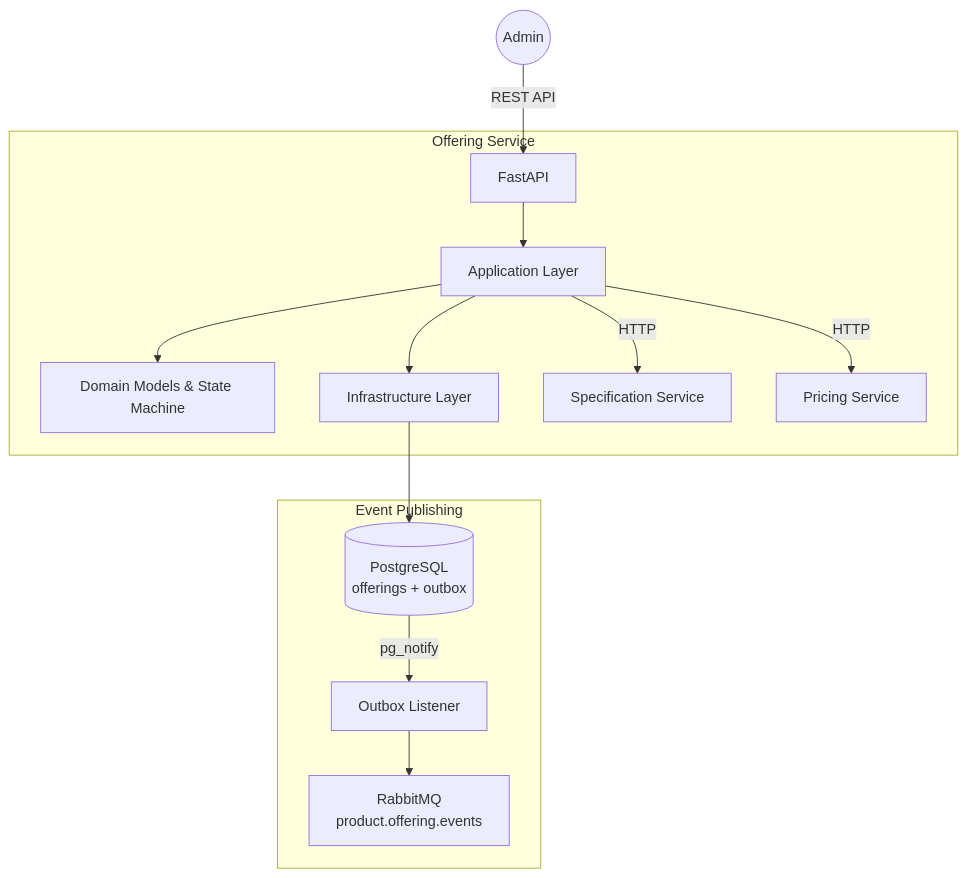
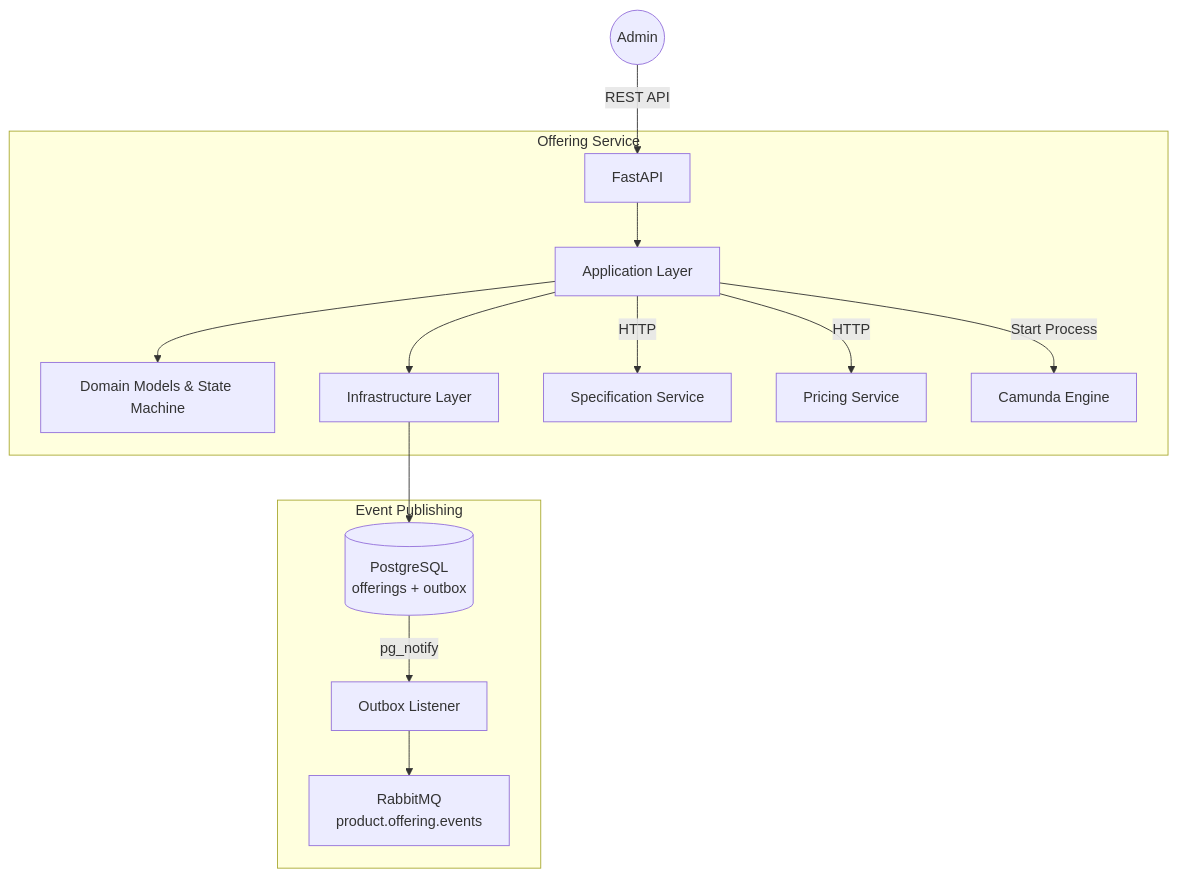
Before and after one commit to amirkiarafiei/microservices-product-catalog: the diagram in services/offering-service/README.md, drawn with Mermaid. The commit also changed other lines of this file and 12 other files, not shown here.

````diff
--- a/services/offering-service/README.md
+++ b/services/offering-service/README.md
@@ -15,19 +15,20 @@
 ```mermaid
 graph TD
     Admin((Admin)) -->|REST API| API[FastAPI]
     
     subgraph "Offering Service"
         API --> App[Application Layer]
         App --> Domain[Domain Models & State Machine]
         App --> Infra[Infrastructure Layer]
         App -->|HTTP| SpecSvc[Specification Service]
         App -->|HTTP| PriceSvc[Pricing Service]
+        App -->|Start Process| Camunda[Camunda Engine]
     end
     
     Infra --> DB[(PostgreSQL<br/>offerings + outbox)]
     
     subgraph "Event Publishing"
         DB -->|pg_notify| OutboxListener[Outbox Listener]
         OutboxListener --> RabbitMQ[RabbitMQ<br/>product.offering.events]
     end
 ```
````
